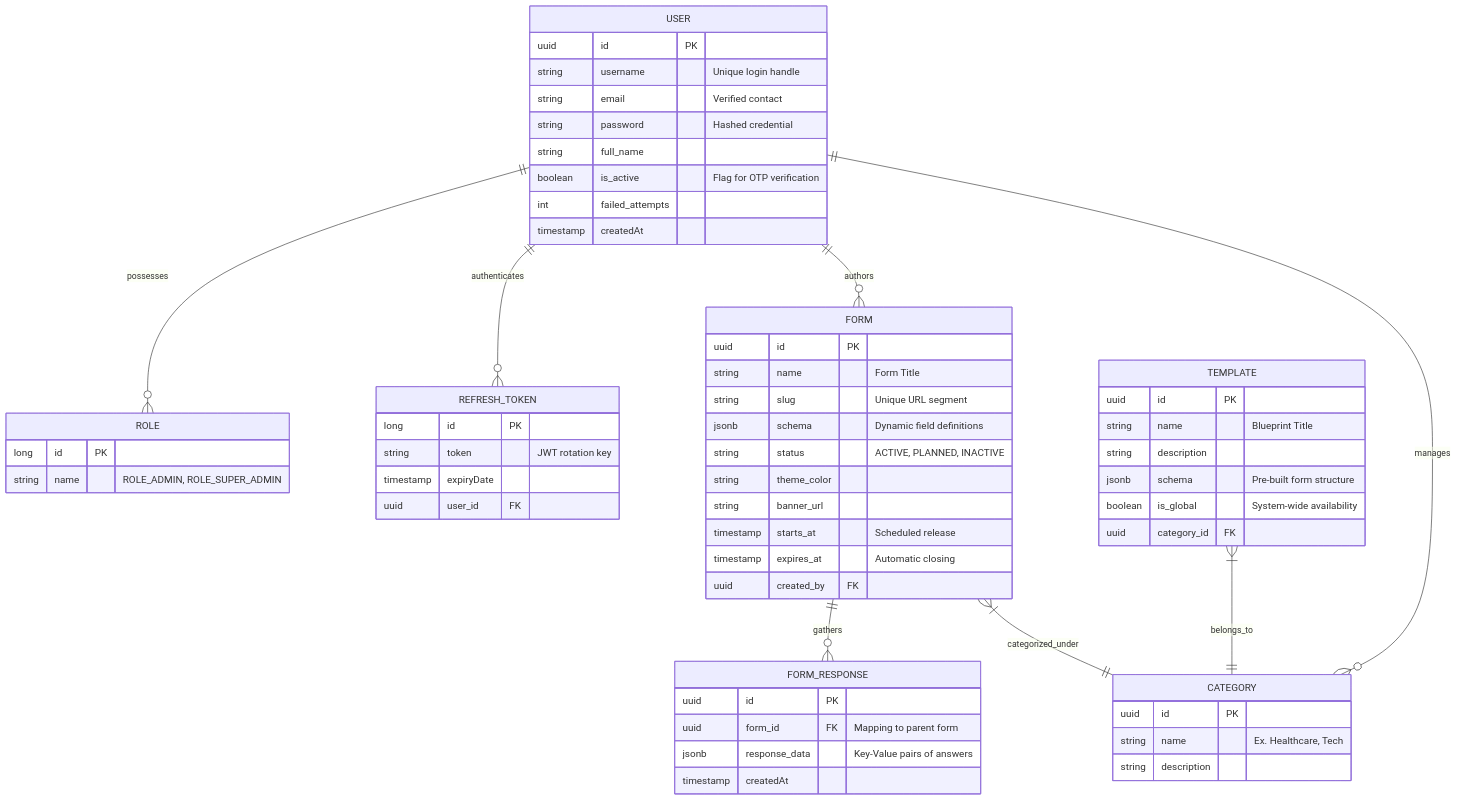
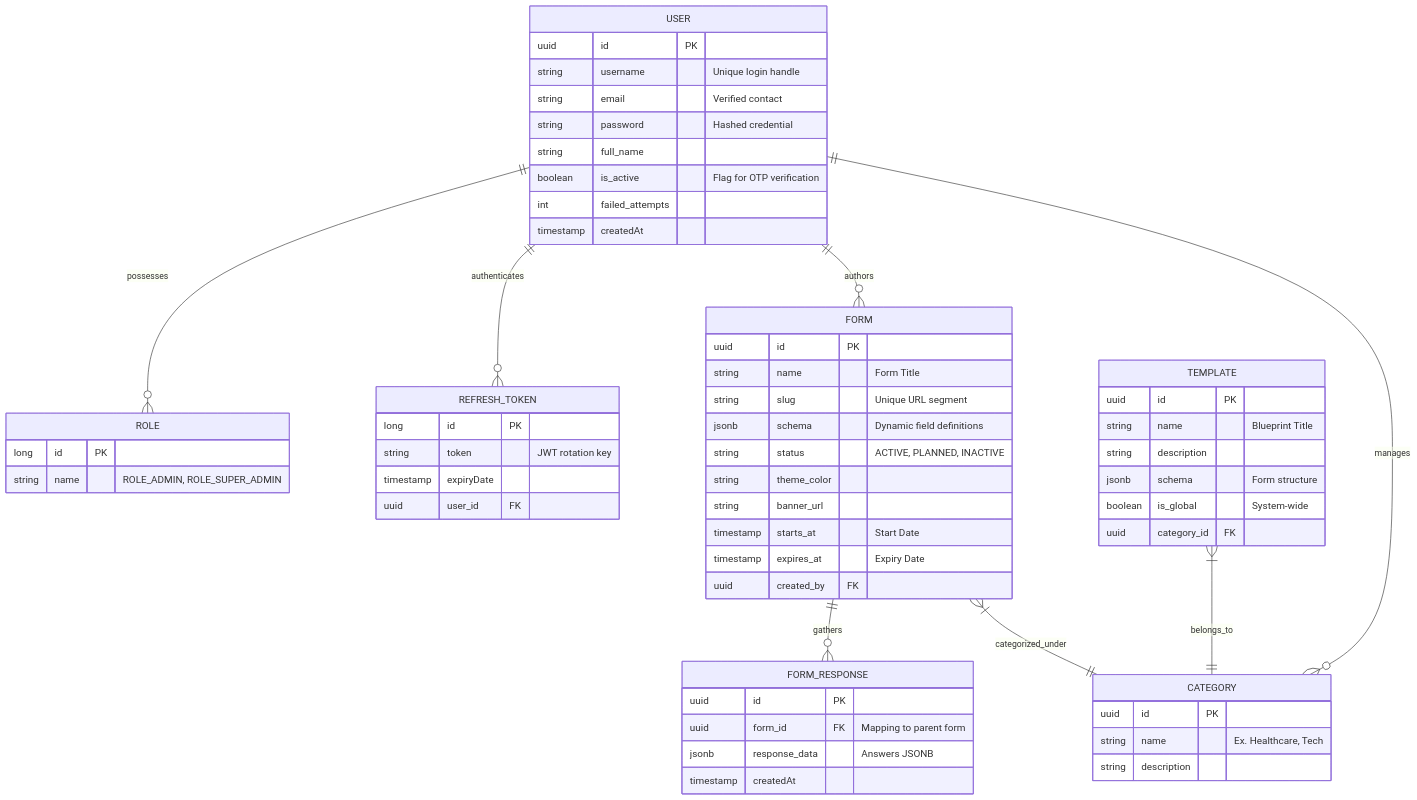
Before and after one commit to bluepal-ashok-patcha/FormCraft: the third of 4 diagrams in docs/Diagrams.md, drawn with Mermaid. The commit also changed other lines of this file and 16 other files, not shown here.

````diff
--- a/docs/Diagrams.md
+++ b/docs/Diagrams.md
@@ -55,70 +70,70 @@
 ```mermaid
 erDiagram
     USER ||--o{ ROLE : possesses
     USER ||--o{ REFRESH_TOKEN : authenticates
     USER ||--o{ FORM : authors
     USER ||--o{ CATEGORY : manages
     
     FORM ||--o{ FORM_RESPONSE : gathers
     FORM }|--|| CATEGORY : categorized_under
     
     TEMPLATE }|--|| CATEGORY : belongs_to
     
     USER {
         uuid id PK
         string username "Unique login handle"
         string email "Verified contact"
         string password "Hashed credential"
         string full_name
         boolean is_active "Flag for OTP verification"
         int failed_attempts
         timestamp createdAt
     }
 
     ROLE {
         long id PK
         string name "ROLE_ADMIN, ROLE_SUPER_ADMIN"
     }
 
     REFRESH_TOKEN {
         long id PK
         string token "JWT rotation key"
         timestamp expiryDate
         uuid user_id FK
     }
 
     FORM {
         uuid id PK
         string name "Form Title"
         string slug "Unique URL segment"
         jsonb schema "Dynamic field definitions"
         string status "ACTIVE, PLANNED, INACTIVE"
         string theme_color
         string banner_url
-        timestamp starts_at "Scheduled release"
-        timestamp expires_at "Automatic closing"
+        timestamp starts_at "Start Date"
+        timestamp expires_at "Expiry Date"
         uuid created_by FK
     }
 
     FORM_RESPONSE {
         uuid id PK
         uuid form_id FK "Mapping to parent form"
-        jsonb response_data "Key-Value pairs of answers"
+        jsonb response_data "Answers JSONB"
         timestamp createdAt
     }
 
     CATEGORY {
         uuid id PK
         string name "Ex. Healthcare, Tech"
         string description
     }
 
     TEMPLATE {
         uuid id PK
         string name "Blueprint Title"
         string description
-        jsonb schema "Pre-built form structure"
-        boolean is_global "System-wide availability"
+        jsonb schema "Form structure"
+        boolean is_global "System-wide"
         uuid category_id FK
     }
 ```
````
